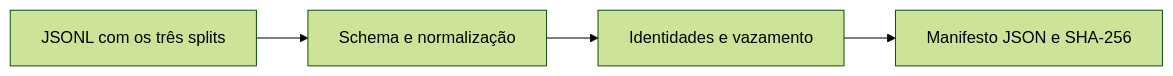
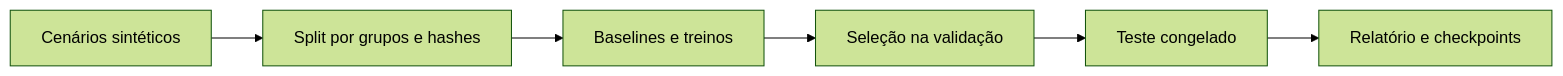
The diagram in README.md (octopus-synapse/patch-dedup), drawn with Mermaid (forest theme) before and after one commit. The commit also changed other lines of this file and 20 other files, not shown here.

````diff
--- a/README.md
+++ b/README.md
@@ -46,6 +66,8 @@
 ```mermaid
 flowchart LR
-    A[JSONL com os três splits] --> B[Schema e normalização]
-    B --> C[Identidades e vazamento]
-    C --> D[Manifesto JSON e SHA-256]
+    A[Cenários sintéticos] --> B[Split por grupos e hashes]
+    B --> C[Baselines e treinos]
+    C --> D[Seleção na validação]
+    D --> E[Teste congelado]
+    E --> F[Relatório e checkpoints]
 ```
````
